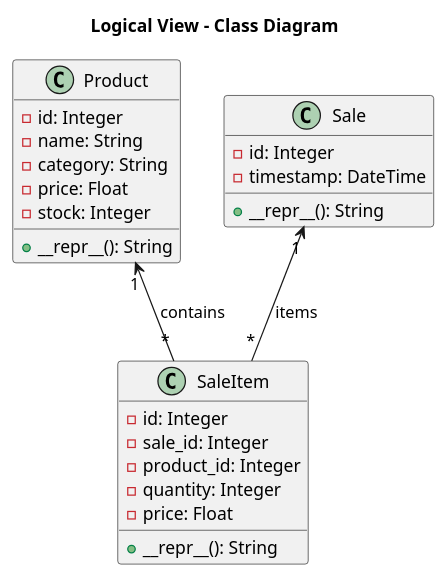
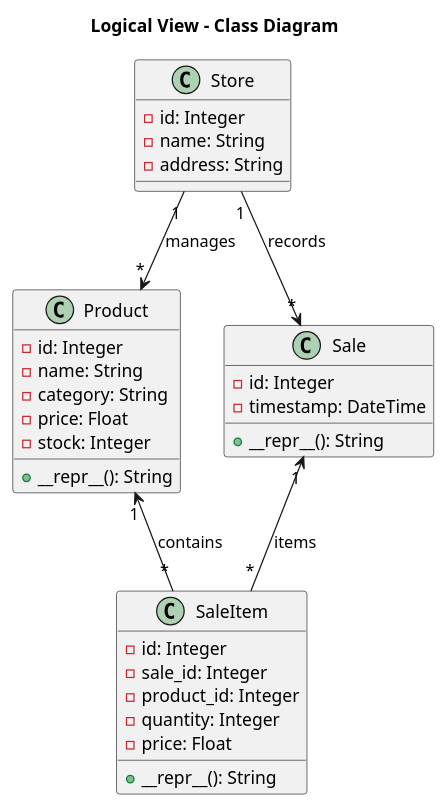
Before and after one commit to Sersium/log430lab123: the diagram in docs/UML/logical_view_class_diagram.puml, drawn with PlantUML. The commit also changed 4 other files, not shown here.

Commit message:
Add multi-store UML diagrams

```diff
--- a/docs/UML/logical_view_class_diagram.puml
+++ b/docs/UML/logical_view_class_diagram.puml
@@ -1,28 +1,36 @@
 @startuml logical_view
 title Logical View - Class Diagram
 
 class Product {
   - id: Integer
   - name: String
   - category: String
   - price: Float
   - stock: Integer
   + __repr__(): String
 }
 class Sale {
   - id: Integer
   - timestamp: DateTime
   + __repr__(): String
 }
 class SaleItem {
   - id: Integer
   - sale_id: Integer
   - product_id: Integer
   - quantity: Integer
   - price: Float
   + __repr__(): String
 }
 
+class Store {
+  - id: Integer
+  - name: String
+  - address: String
+}
+
 Product "1" <-- "*" SaleItem : contains
 Sale "1" <-- "*" SaleItem : items
+Store "1" --> "*" Product : manages
+Store "1" --> "*" Sale : records
 @enduml
```
